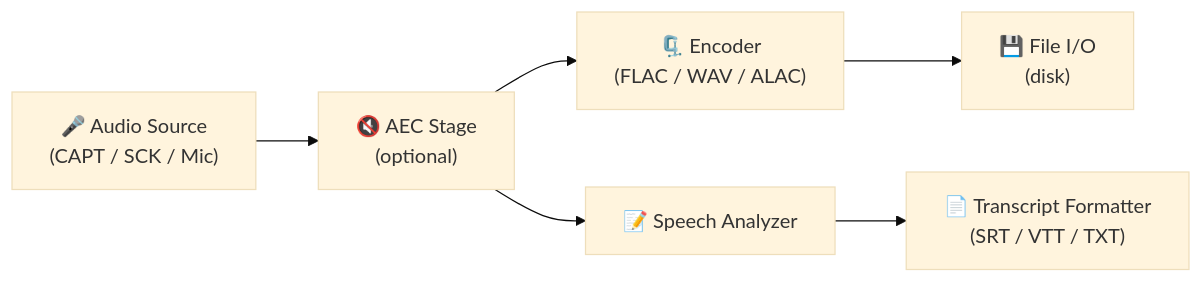
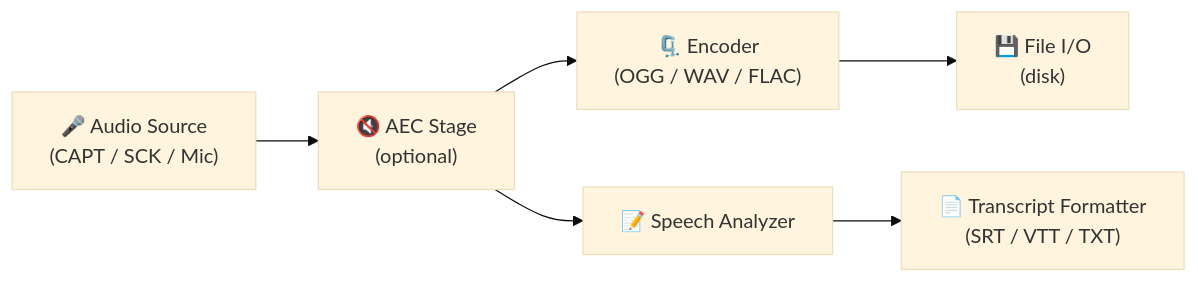
Before and after one commit to mokmok-dev/koe: the second of 3 diagrams in docs/spec/01-architecture.md, drawn with Mermaid (base theme). The commit also changed other lines of this file and 6 other files, not shown here.

First line of the commit message:
docs: switch default audio format from FLAC to OGG Vorbis

````diff
--- a/docs/spec/01-architecture.md
+++ b/docs/spec/01-architecture.md
@@ -61,15 +61,15 @@
 ```mermaid
 flowchart LR
     SRC["🎤 Audio Source<br/>(CAPT / SCK / Mic)"]
     AEC["🔇 AEC Stage<br/>(optional)"]
-    ENC["🗜️ Encoder<br/>(FLAC / WAV / ALAC)"]
+    ENC["🗜️ Encoder<br/>(OGG / WAV / FLAC)"]
     ASR["📝 Speech Analyzer"]
     DISK["💾 File I/O<br/>(disk)"]
     FMT["📄 Transcript Formatter<br/>(SRT / VTT / TXT)"]
 
     SRC --> AEC
     AEC --> ENC
     AEC --> ASR
     ENC --> DISK
     ASR --> FMT
 ```
````
